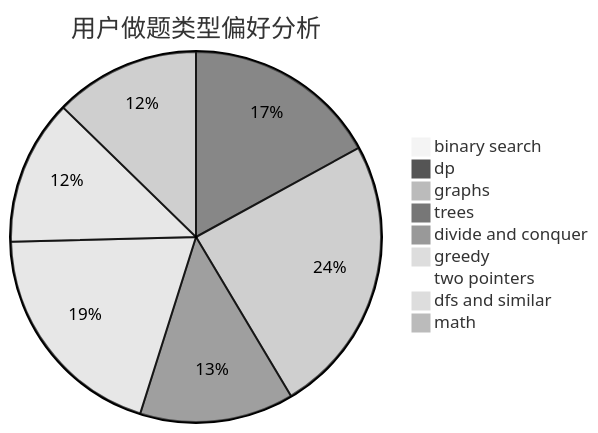
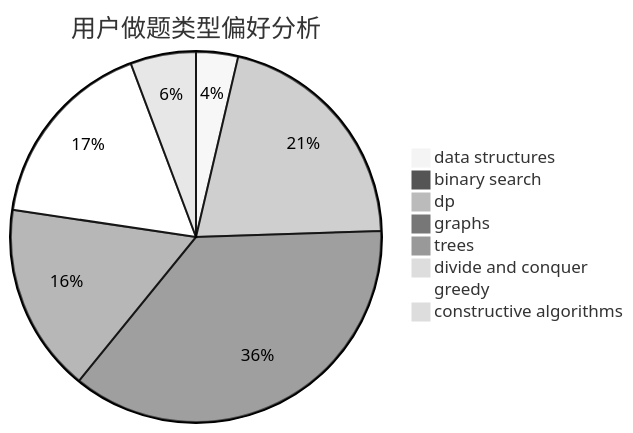
The second of 3 diagrams in docs/user/u42.md (sherpahu/cfrs.github.io), drawn with Mermaid (neutral theme) before and after one commit. The commit also changed other lines of this file and 2775 other files, not shown here.

````diff
--- a/docs/user/u42.md
+++ b/docs/user/u42.md
@@ -23,12 +23,11 @@
 ```mermaid
 pie title 用户做题类型偏好分析
-    "binary search" :  7
-    "dp" :  138
-    "graphs" :  198
-    "trees" :  109
+    "data structures" :  16
+    "binary search" :  0
+    "dp" :  91
+    "graphs" :  159
+    "trees" :  72
     "divide and conquer" :  0
-    "greedy" :  160
-    "two pointers" :  8
-    "dfs and similar" :  103
-    "math" :  103
+    "greedy" :  74
+    "constructive algorithms" :  25
 ```
````
